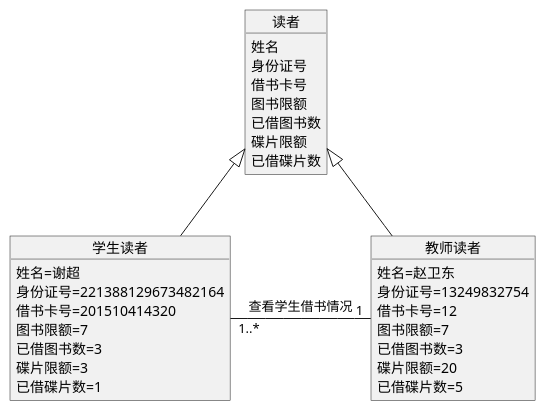
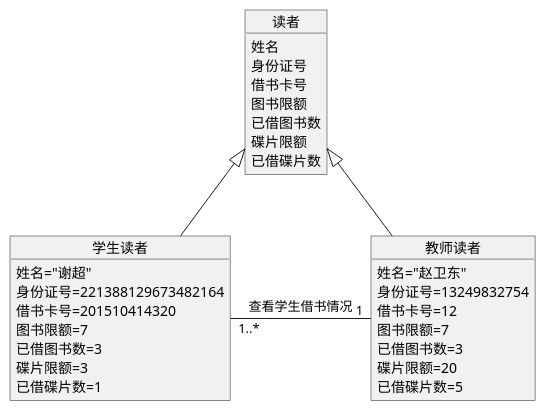
One commit to Neddy1995/is_analysis changed the diagram in test3/object2.puml. Above: the diagram before and after it, drawn with PlantUML. The commit also changed 6 other files, not shown here.

```diff
--- a/test3/object2.puml
+++ b/test3/object2.puml
@@ -1,32 +1,32 @@
 @startuml
 object 读者{
     姓名
     身份证号
     借书卡号
     图书限额
     已借图书数
     碟片限额
     已借碟片数
 }
 object 学生读者{
-    姓名=谢超
+    姓名="谢超"
     身份证号=221388129673482164
     借书卡号=201510414320
     图书限额=7
     已借图书数=3
     碟片限额=3
     已借碟片数=1
 }
 object 教师读者{
-    姓名=赵卫东
+    姓名="赵卫东"
     身份证号=13249832754
     借书卡号=12
     图书限额=7
     已借图书数=3
     碟片限额=20
     已借碟片数=5
 }
 读者 <|-- 学生读者
 读者 <|-- 教师读者
 教师读者 "1"--left"1..*" 学生读者:查看学生借书情况
 @enduml
```
